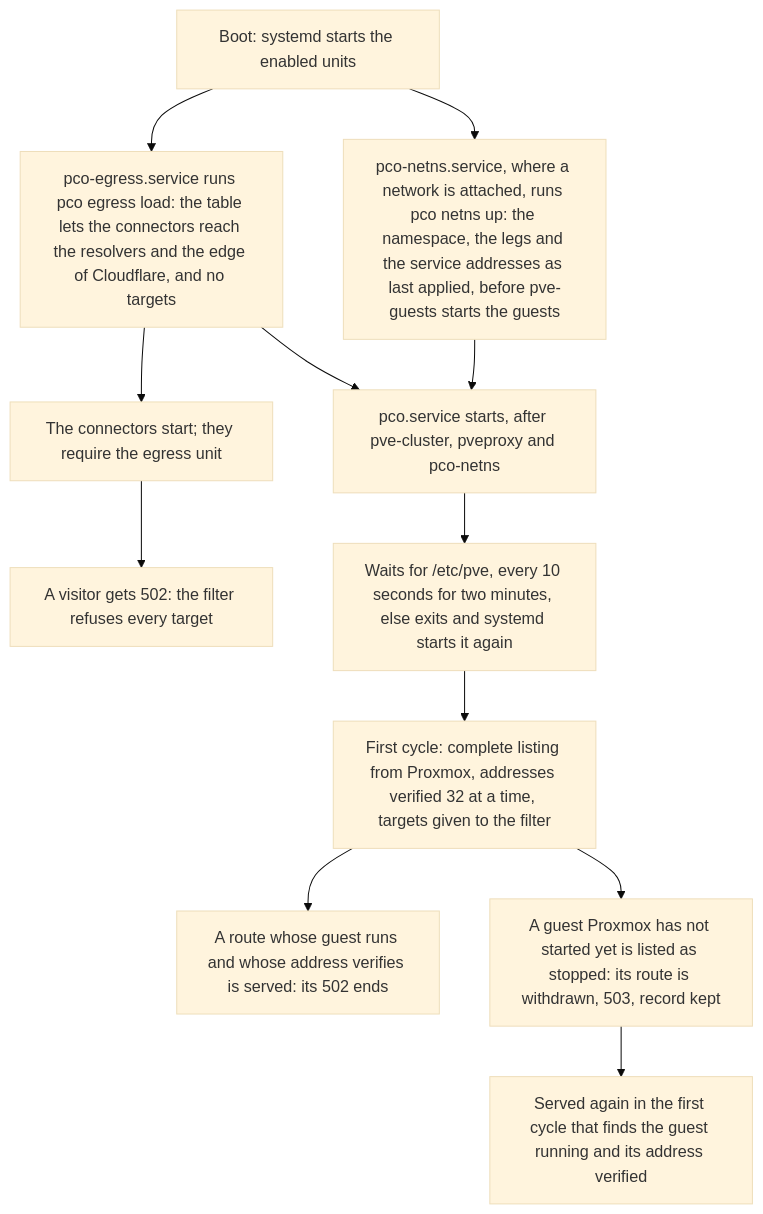
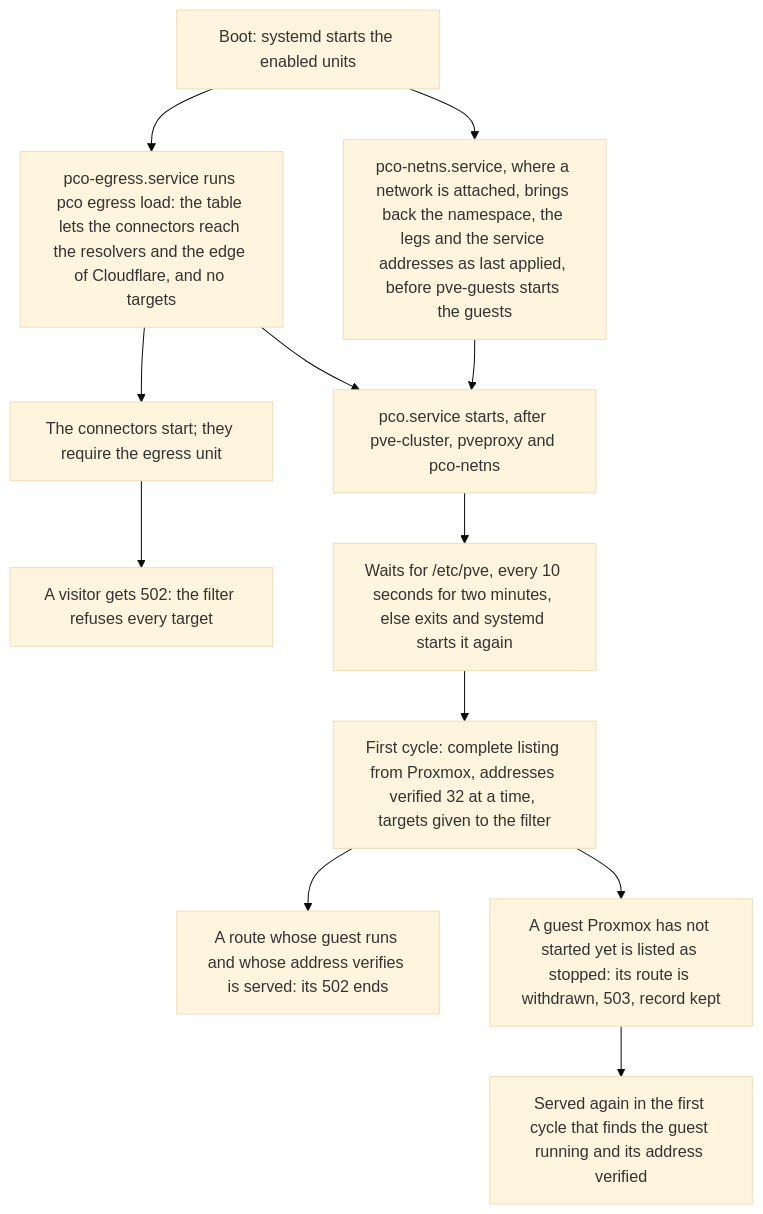
Before and after one commit to anaryk/proxmox-cloudflared-operator: the first of 2 diagrams in docs/operations.md, drawn with Mermaid (base theme). The commit also changed other lines of this file and 10 other files, not shown here.

````diff
--- a/docs/operations.md
+++ b/docs/operations.md
@@ -69,15 +87,15 @@
 ```mermaid
 flowchart TD
     boot["Boot: systemd starts the enabled units"]
     boot --> egress["pco-egress.service runs pco egress load: the table lets the connectors reach the resolvers and the edge of Cloudflare, and no targets"]
-    boot --> netns["pco-netns.service, where a network is attached, runs pco netns up: the namespace, the legs and the service addresses as last applied, before pve-guests starts the guests"]
+    boot --> netns["pco-netns.service, where a network is attached, brings back the namespace, the legs and the service addresses as last applied, before pve-guests starts the guests"]
     egress --> conn["The connectors start; they require the egress unit"]
     egress --> daemon["pco.service starts, after pve-cluster, pveproxy and pco-netns"]
     netns --> daemon
     conn --> r502["A visitor gets 502: the filter refuses every target"]
     daemon --> wait["Waits for /etc/pve, every 10 seconds for two minutes, else exits and systemd starts it again"]
     wait --> first["First cycle: complete listing from Proxmox, addresses verified 32 at a time, targets given to the filter"]
     first --> served["A route whose guest runs and whose address verifies is served: its 502 ends"]
     first --> late["A guest Proxmox has not started yet is listed as stopped: its route is withdrawn, 503, record kept"]
     late --> again["Served again in the first cycle that finds the guest running and its address verified"]
 ```
````
